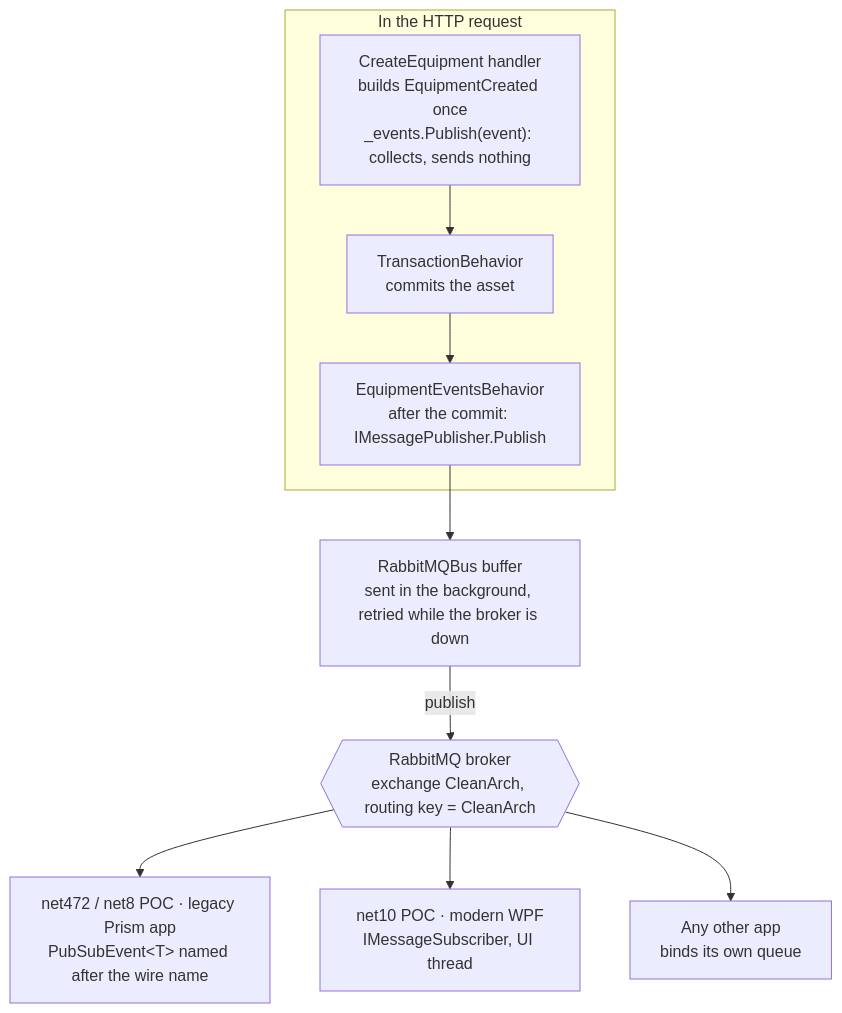
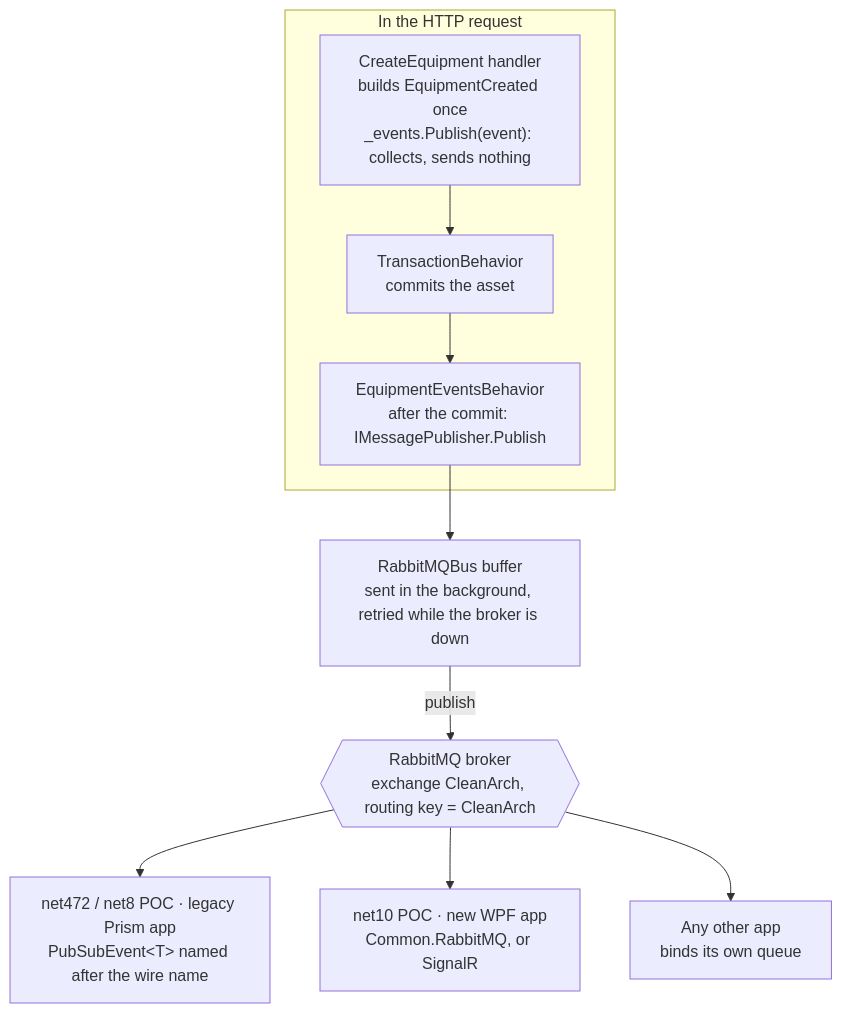
One commit to ncowine/CleanArchitecture changed the diagram in docs/messaging/how-the-api-uses-rabbitmq.md. Above: the diagram before and after it, drawn with Mermaid. The commit also changed other lines of this file and 71 other files, not shown here.

````diff
--- a/docs/messaging/how-the-api-uses-rabbitmq.md
+++ b/docs/messaging/how-the-api-uses-rabbitmq.md
@@ -57,19 +57,19 @@
 ```mermaid
 flowchart TB
     subgraph Request["In the HTTP request"]
         H["CreateEquipment handler<br/>builds EquipmentCreated once<br/>_events.Publish(event): collects, sends nothing"]
         T["TransactionBehavior<br/>commits the asset"]
         E["EquipmentEventsBehavior<br/>after the commit: IMessagePublisher.Publish"]
         H --> T --> E
     end
     B["RabbitMQBus buffer<br/>sent in the background, retried while the broker is down"]
     MQ{{"RabbitMQ broker<br/>exchange CleanArch, routing key = CleanArch"}}
     R1["net472 / net8 POC · legacy Prism app<br/>PubSubEvent&lt;T&gt; named after the wire name"]
-    R2["net10 POC · modern WPF<br/>IMessageSubscriber, UI thread"]
+    R2["net10 POC · new WPF app<br/>Common.RabbitMQ, or SignalR"]
     R3["Any other app<br/>binds its own queue"]
     E --> B
     B -- publish --> MQ
     MQ --> R1
     MQ --> R2
     MQ --> R3
 ```
````
